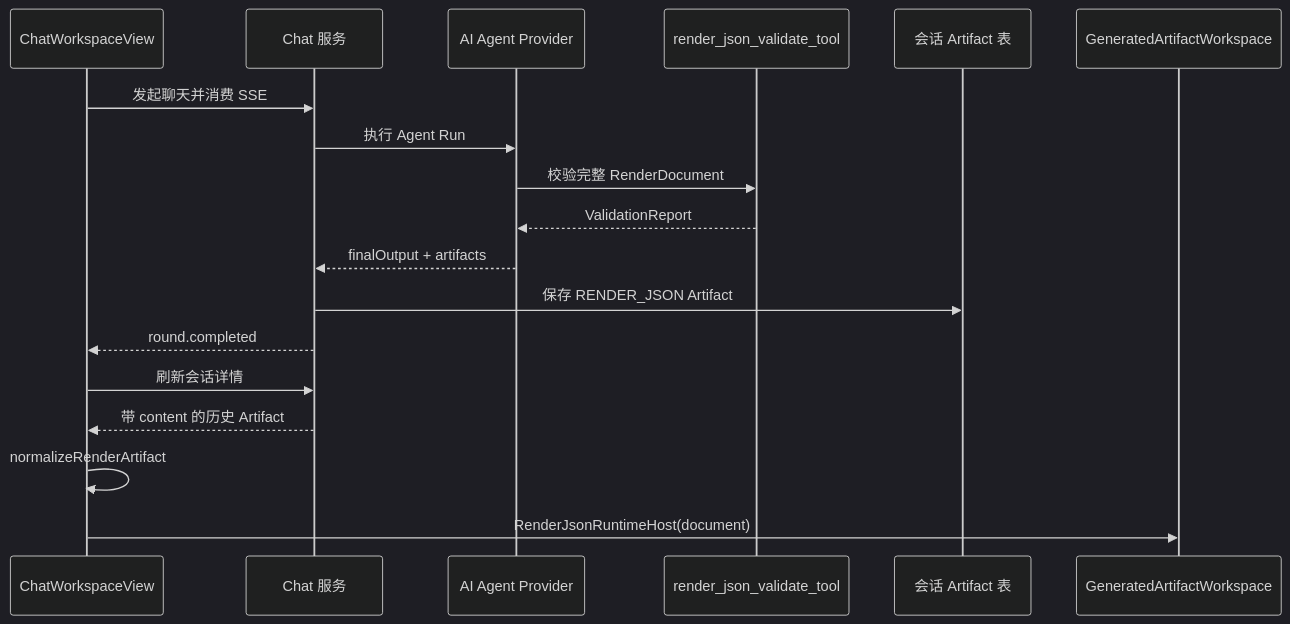
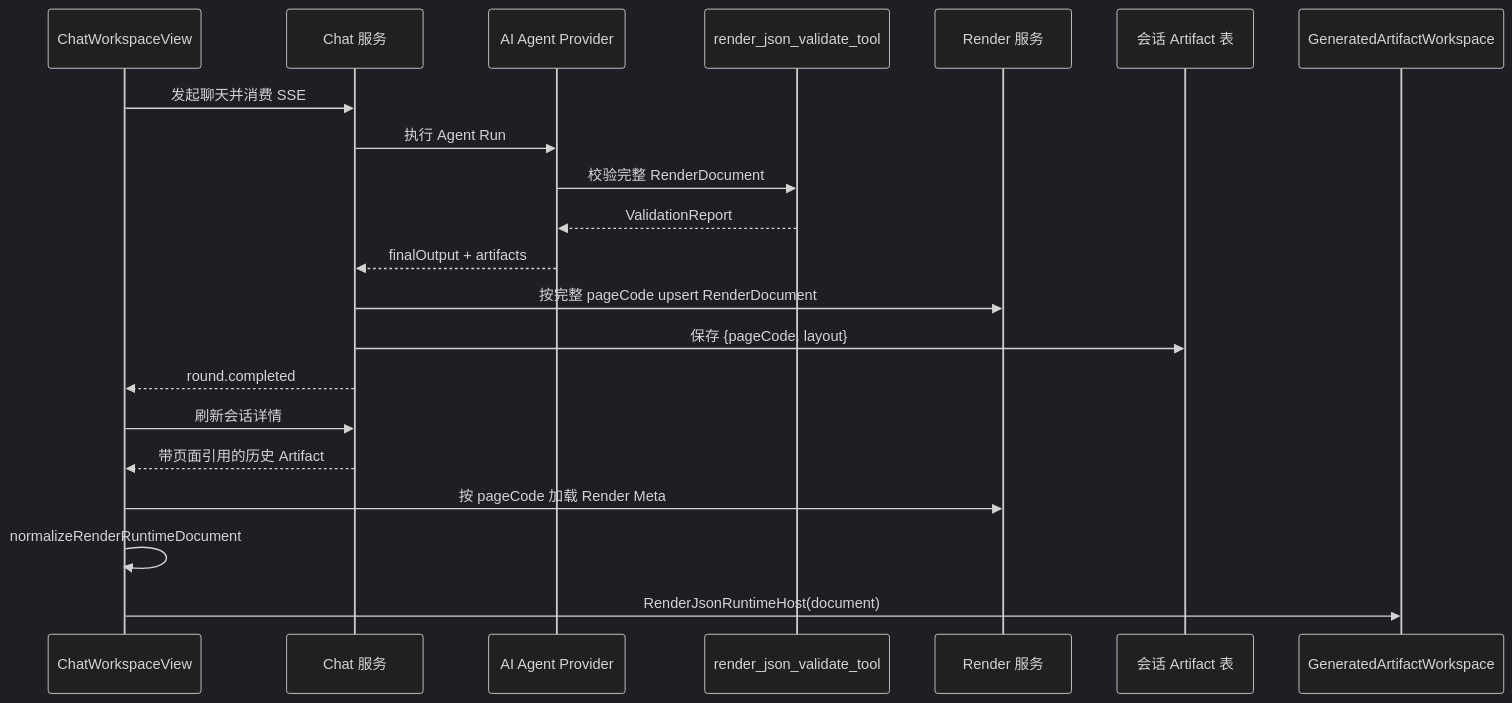
One commit to jouzitong/ai-assit-platform changed the fifth of 5 diagrams in docs/technical/render-json/architecture-and-interaction.md. Above: the diagram before and after it, drawn with Mermaid (dark theme). The commit also changed other lines of this file and 32 other files, not shown here.

````diff
--- a/docs/technical/render-json/architecture-and-interaction.md
+++ b/docs/technical/render-json/architecture-and-interaction.md
@@ -312,21 +321,24 @@
 ```mermaid
 sequenceDiagram
     participant UI as ChatWorkspaceView
     participant Chat as Chat 服务
     participant Agent as AI Agent Provider
     participant Tool as render_json_validate_tool
+    participant Render as Render 服务
     participant History as 会话 Artifact 表
     participant Preview as GeneratedArtifactWorkspace
 
     UI->>Chat: 发起聊天并消费 SSE
     Chat->>Agent: 执行 Agent Run
     Agent->>Tool: 校验完整 RenderDocument
     Tool-->>Agent: ValidationReport
     Agent-->>Chat: finalOutput + artifacts
-    Chat->>History: 保存 RENDER_JSON Artifact
+    Chat->>Render: 按完整 pageCode upsert RenderDocument
+    Chat->>History: 保存 {pageCode, layout}
     Chat-->>UI: round.completed
     UI->>Chat: 刷新会话详情
-    Chat-->>UI: 带 content 的历史 Artifact
-    UI->>UI: normalizeRenderArtifact
+    Chat-->>UI: 带页面引用的历史 Artifact
+    UI->>Render: 按 pageCode 加载 Render Meta
+    UI->>UI: normalizeRenderRuntimeDocument
     UI->>Preview: RenderJsonRuntimeHost(document)
 ```
````
